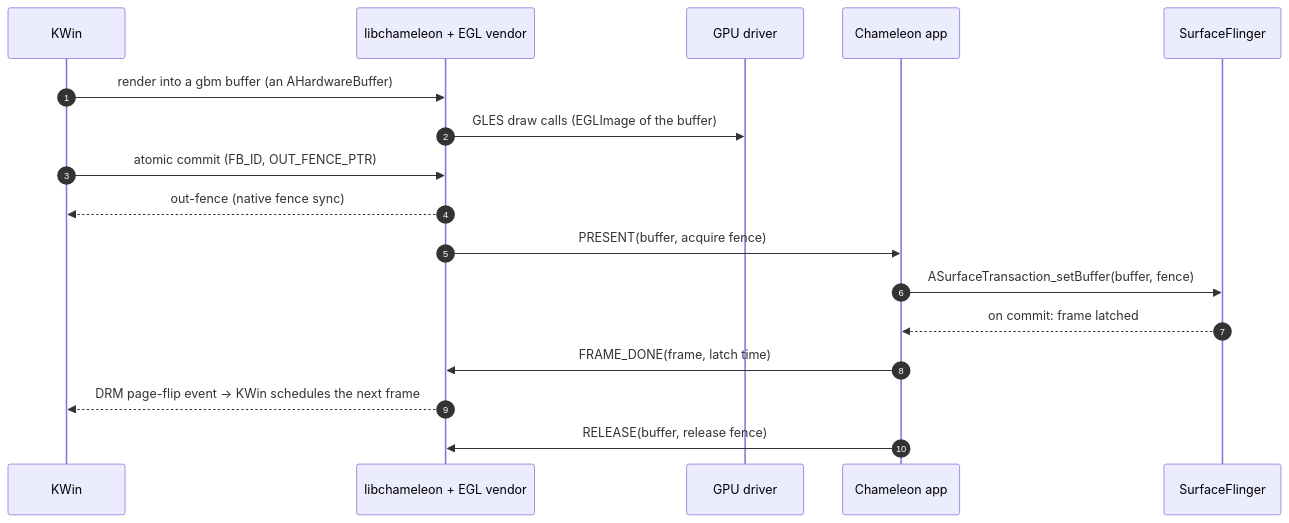
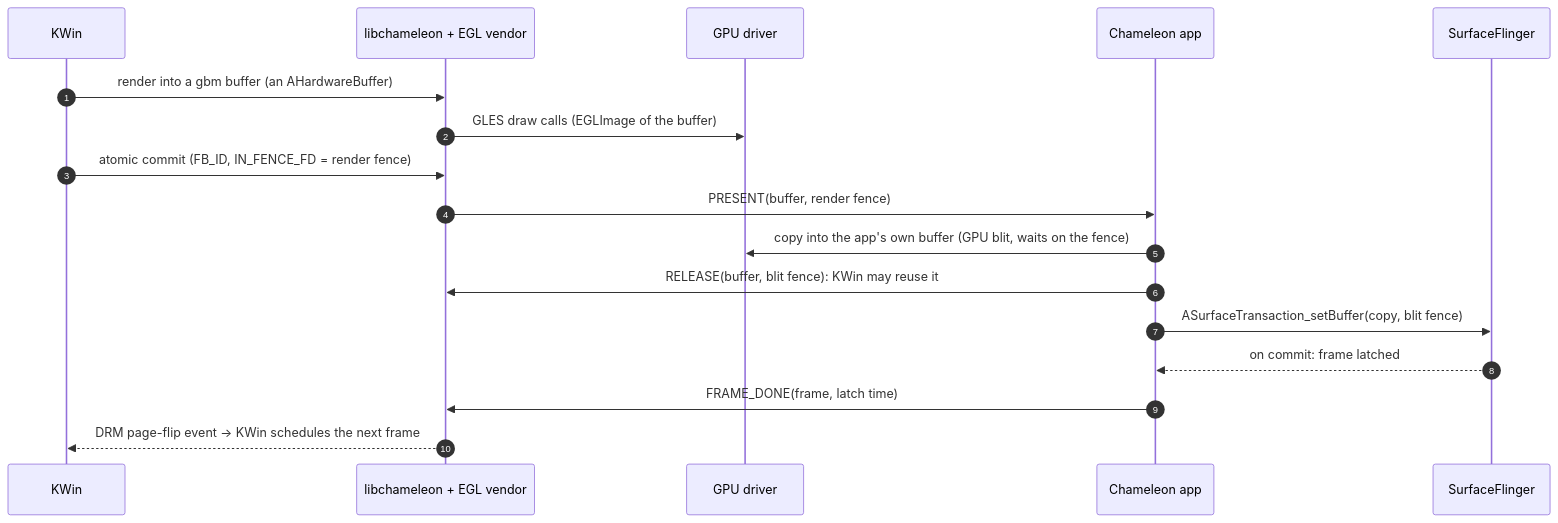
The third of 4 diagrams in README.md (HarryL0L/Project-Chameleon), drawn with Mermaid before and after one commit. The commit also changed other lines of this file, not shown here.

````diff
--- a/README.md
+++ b/README.md
@@ -244,20 +244,20 @@
 ```mermaid
 sequenceDiagram
     autonumber
     participant K as KWin
     participant S as libchameleon + EGL vendor
     participant G as GPU driver
     participant A as Chameleon app
     participant F as SurfaceFlinger
 
     K->>S: render into a gbm buffer (an AHardwareBuffer)
     S->>G: GLES draw calls (EGLImage of the buffer)
-    K->>S: atomic commit (FB_ID, OUT_FENCE_PTR)
-    S-->>K: out-fence (native fence sync)
-    S->>A: PRESENT(buffer, acquire fence)
-    A->>F: ASurfaceTransaction_setBuffer(buffer, fence)
+    K->>S: atomic commit (FB_ID, IN_FENCE_FD = render fence)
+    S->>A: PRESENT(buffer, render fence)
+    A->>G: copy into the app's own buffer (GPU blit, waits on the fence)
+    A->>S: RELEASE(buffer, blit fence): KWin may reuse it
+    A->>F: ASurfaceTransaction_setBuffer(copy, blit fence)
     F-->>A: on commit: frame latched
     A->>S: FRAME_DONE(frame, latch time)
     S-->>K: DRM page-flip event → KWin schedules the next frame
-    A->>S: RELEASE(buffer, release fence)
 ```
````
